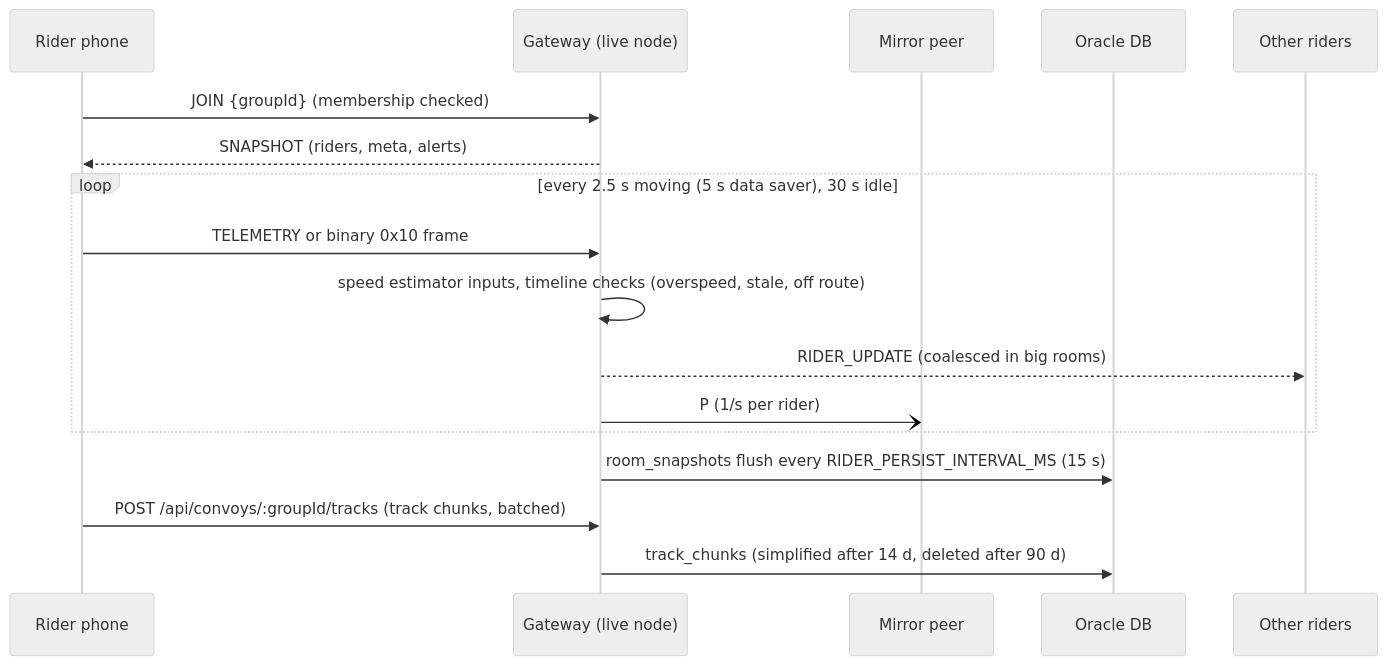
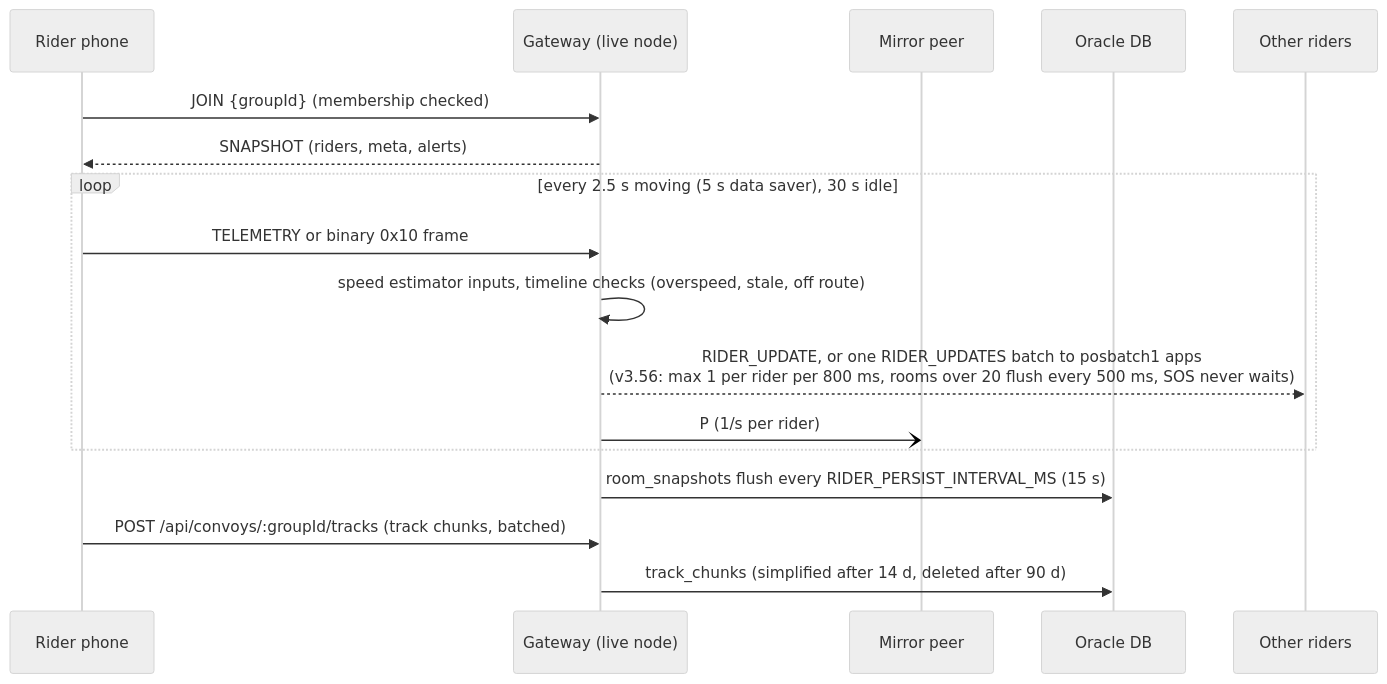
One commit to Santhosh-Guptha/coroute_app changed the third of 8 diagrams in coroute_app/docs/handbook/technical/architecture.md. Above: the diagram before and after it, drawn with Mermaid (neutral theme). The commit also changed other lines of this file and 34 other files, not shown here.

````diff
--- a/coroute_app/docs/handbook/technical/architecture.md
+++ b/coroute_app/docs/handbook/technical/architecture.md
@@ -210,19 +276,19 @@
 ```mermaid
 sequenceDiagram
   participant P as Rider phone
   participant G as Gateway (live node)
   participant M as Mirror peer
   participant DB as Oracle DB
   participant O as Other riders
   P->>G: JOIN {groupId} (membership checked)
   G-->>P: SNAPSHOT (riders, meta, alerts)
   loop every 2.5 s moving (5 s data saver), 30 s idle
     P->>G: TELEMETRY or binary 0x10 frame
     G->>G: speed estimator inputs, timeline checks (overspeed, stale, off route)
-    G-->>O: RIDER_UPDATE (coalesced in big rooms)
+    G-->>O: RIDER_UPDATE, or one RIDER_UPDATES batch to posbatch1 apps<br/>(v3.56: max 1 per rider per 800 ms, rooms over 20 flush every 500 ms, SOS never waits)
     G-)M: P (1/s per rider)
   end
   G->>DB: room_snapshots flush every RIDER_PERSIST_INTERVAL_MS (15 s)
   P->>G: POST /api/convoys/:groupId/tracks (track chunks, batched)
   G->>DB: track_chunks (simplified after 14 d, deleted after 90 d)
 ```
````
